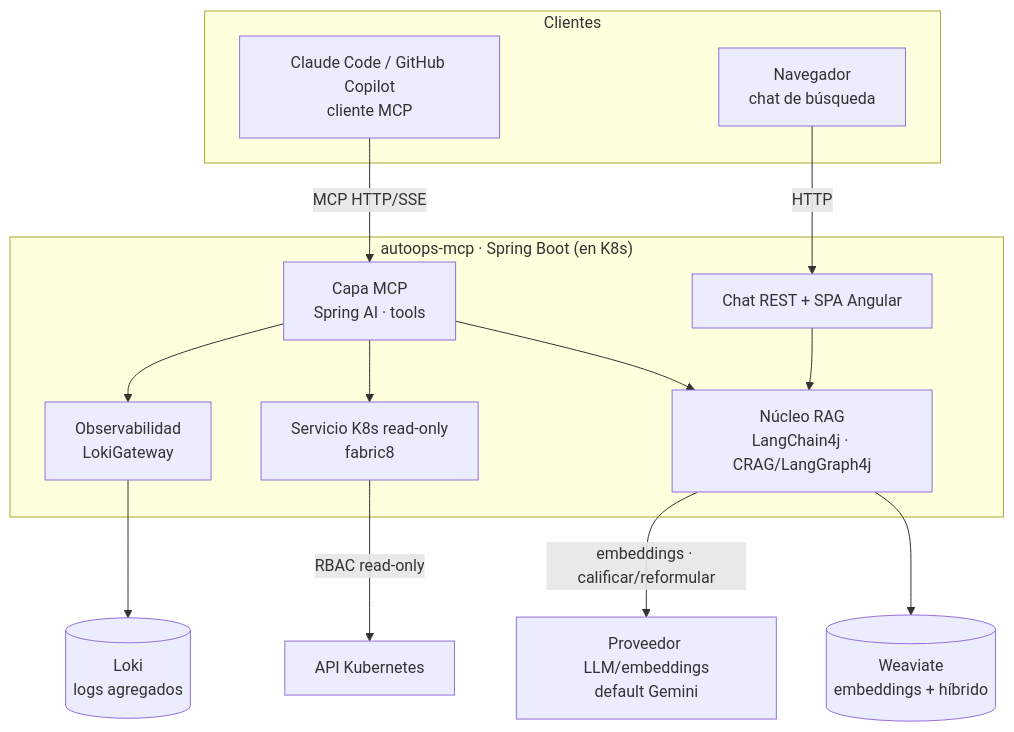
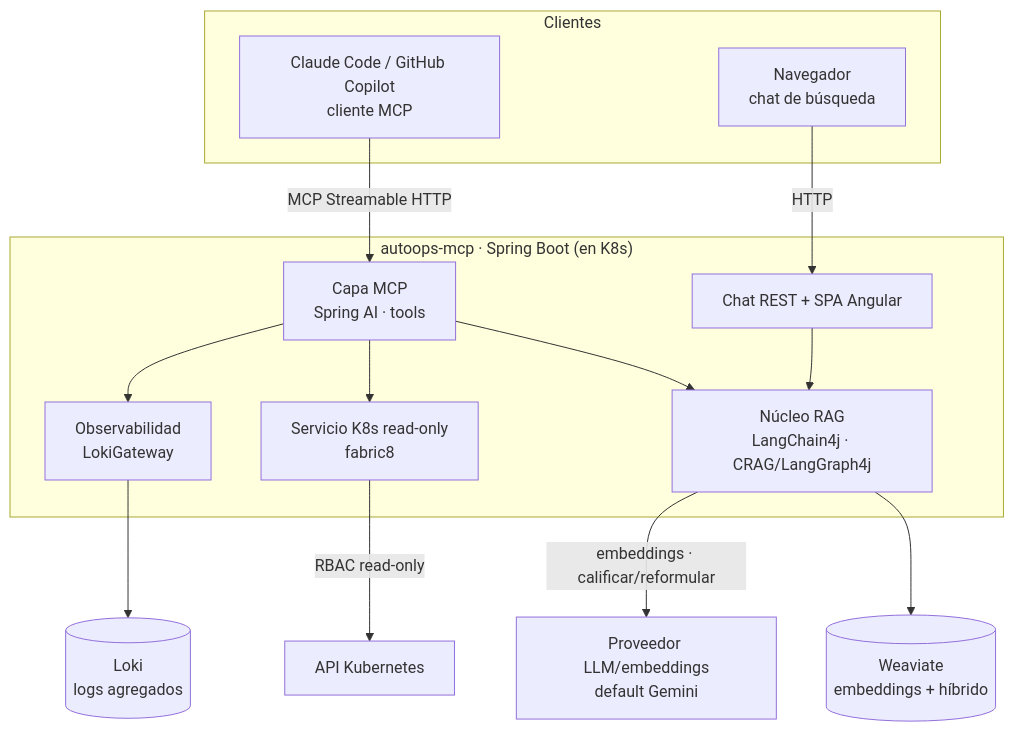
The diagram in autoops/docs/arquitectura/README.md (mikel0ne/ai-platform-portfolio), drawn with Mermaid before and after one commit. The commit also changed other lines of this file and 21 other files, not shown here.

Commit message:
docs(autoops): full audit of architecture and infrastructure docs against the code

````diff
--- a/autoops/docs/arquitectura/README.md
+++ b/autoops/docs/arquitectura/README.md
@@ -29,29 +29,29 @@
 ```mermaid
 flowchart TB
     subgraph Clientes
         CC[Claude Code / GitHub Copilot<br/>cliente MCP]
         BR[Navegador<br/>chat de búsqueda]
     end
     subgraph App["autoops-mcp · Spring Boot (en K8s)"]
         MCP[Capa MCP<br/>Spring AI · tools]
         CHAT[Chat REST + SPA Angular]
         RAG[Núcleo RAG<br/>LangChain4j · CRAG/LangGraph4j]
         K8S[Servicio K8s read-only<br/>fabric8]
         OBS[Observabilidad<br/>LokiGateway]
     end
     WV[(Weaviate<br/>embeddings + híbrido)]
     KAPI[API Kubernetes]
     LLM[Proveedor LLM/embeddings<br/>default Gemini]
     LK[(Loki<br/>logs agregados)]
 
-    CC -->|MCP HTTP/SSE| MCP
+    CC -->|MCP Streamable HTTP| MCP
     BR -->|HTTP| CHAT
     MCP --> RAG
     MCP --> K8S
     MCP --> OBS
     CHAT --> RAG
     RAG --> WV
     RAG -->|embeddings · calificar/reformular| LLM
     K8S -->|RBAC read-only| KAPI
     OBS --> LK
 ```
````
